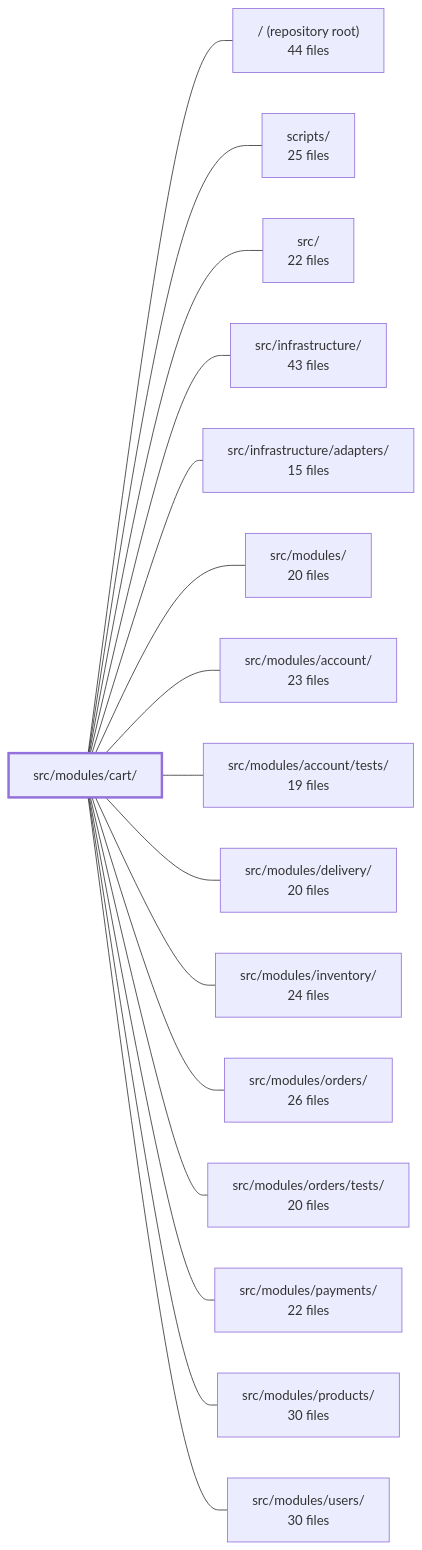
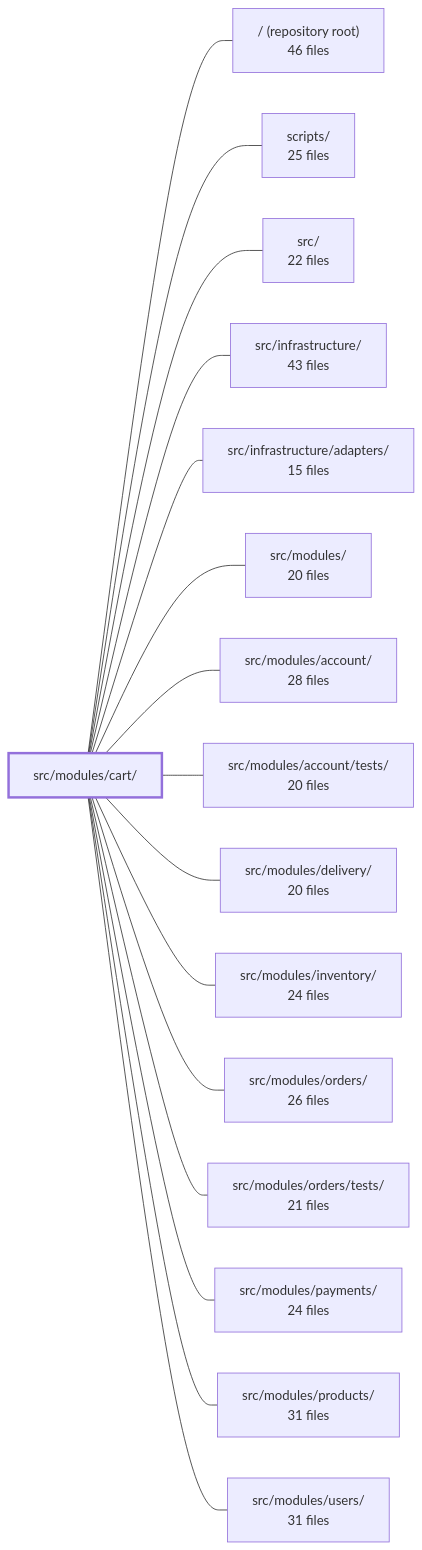
Before and after one commit to Guebbit/boilerplate-node-backend: the diagram in .2repo/modules/boilerplate-node-backend_src_modules_cart.md, drawn with Mermaid. The commit also changed other lines of this file and 302 other files, not shown here.

First line of the commit message:
chore(2repo): refresh repo context, wiki, and architecture snapshots

````diff
--- a/.2repo/modules/boilerplate-node-backend_src_modules_cart.md
+++ b/.2repo/modules/boilerplate-node-backend_src_modules_cart.md
@@ -46,35 +46,35 @@
 ```mermaid
 flowchart LR
     m_src_modules_cart["src/modules/cart/"]
-    m_root["/ (repository root)<br/>44 files"]
+    m_root["/ (repository root)<br/>46 files"]
     m_scripts["scripts/<br/>25 files"]
     m_src["src/<br/>22 files"]
     m_src_infrastructure["src/infrastructure/<br/>43 files"]
     m_src_infrastructure_adapters["src/infrastructure/adapters/<br/>15 files"]
     m_src_modules["src/modules/<br/>20 files"]
-    m_src_modules_account["src/modules/account/<br/>23 files"]
-    m_src_modules_account_tests["src/modules/account/tests/<br/>19 files"]
+    m_src_modules_account["src/modules/account/<br/>28 files"]
+    m_src_modules_account_tests["src/modules/account/tests/<br/>20 files"]
     m_src_modules_delivery["src/modules/delivery/<br/>20 files"]
     m_src_modules_inventory["src/modules/inventory/<br/>24 files"]
     m_src_modules_orders["src/modules/orders/<br/>26 files"]
-    m_src_modules_orders_tests["src/modules/orders/tests/<br/>20 files"]
-    m_src_modules_payments["src/modules/payments/<br/>22 files"]
-    m_src_modules_products["src/modules/products/<br/>30 files"]
-    m_src_modules_users["src/modules/users/<br/>30 files"]
+    m_src_modules_orders_tests["src/modules/orders/tests/<br/>21 files"]
+    m_src_modules_payments["src/modules/payments/<br/>24 files"]
+    m_src_modules_products["src/modules/products/<br/>31 files"]
+    m_src_modules_users["src/modules/users/<br/>31 files"]
     m_src_modules_cart --- m_root
     m_src_modules_cart --- m_scripts
     m_src_modules_cart --- m_src
     m_src_modules_cart --- m_src_infrastructure
     m_src_modules_cart --- m_src_infrastructure_adapters
     m_src_modules_cart --- m_src_modules
     m_src_modules_cart --- m_src_modules_account
     m_src_modules_cart --- m_src_modules_account_tests
     m_src_modules_cart --- m_src_modules_delivery
     m_src_modules_cart --- m_src_modules_inventory
     m_src_modules_cart --- m_src_modules_orders
     m_src_modules_cart --- m_src_modules_orders_tests
     m_src_modules_cart --- m_src_modules_payments
     m_src_modules_cart --- m_src_modules_products
     m_src_modules_cart --- m_src_modules_users
     style m_src_modules_cart stroke-width:3px
 ```
````
